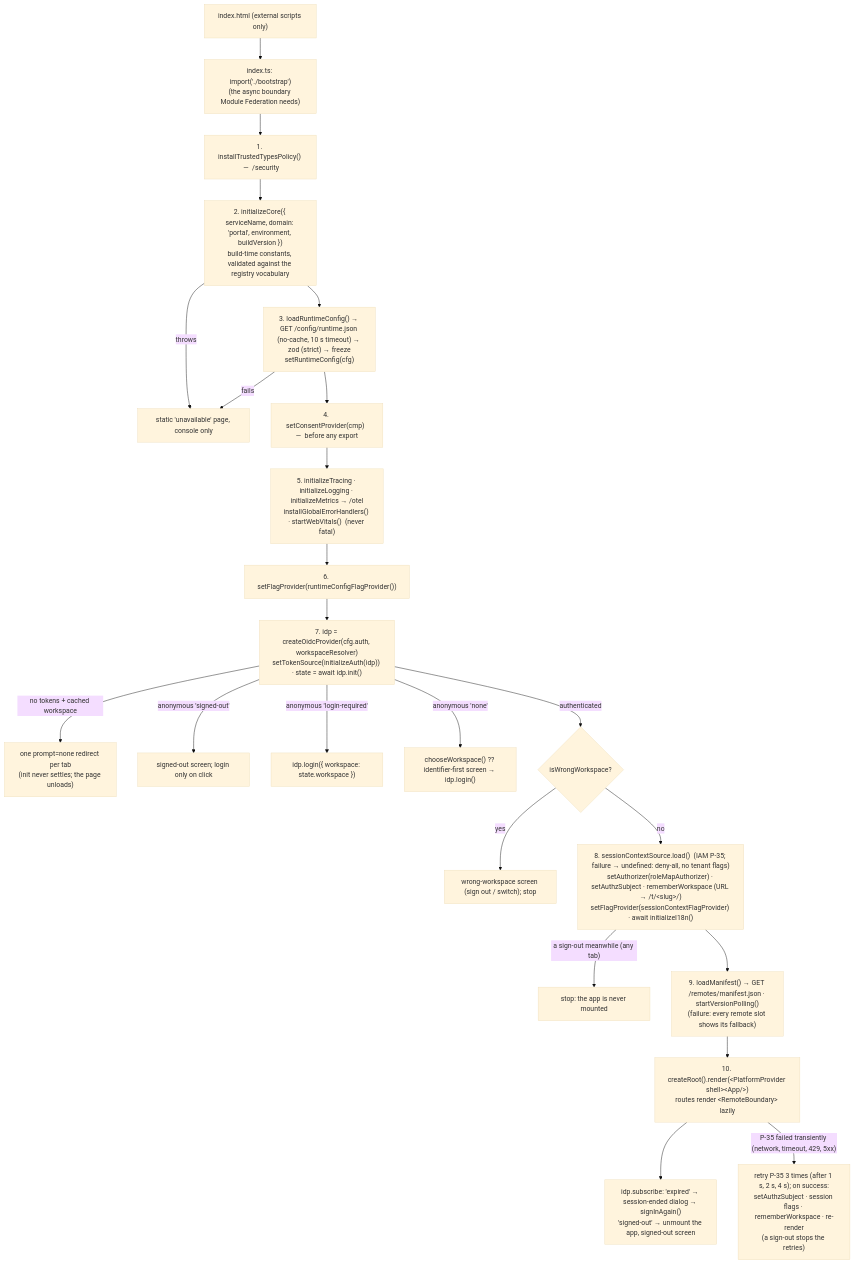
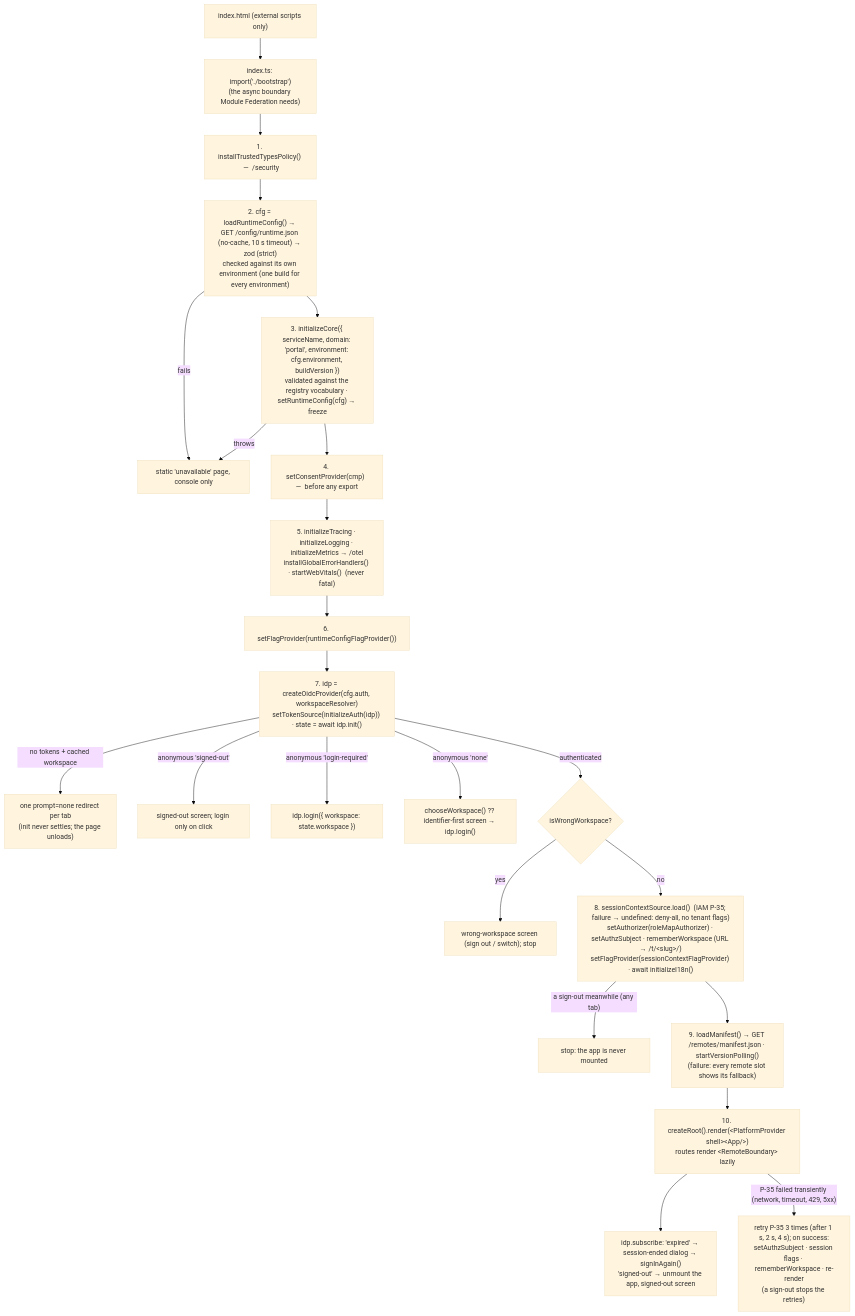
One commit to BCBP-SOLUTIONS-FZC-LLC/platform-reactcommon changed the diagram in docs/architecture/mermaid/shell-bootstrap.mmd. Above: the diagram before and after it, drawn with Mermaid (base theme). The commit also changed 48 other files, not shown here.

First line of the commit message:
feat(config): runtime.json names the environment, so one shell build serves every environment (#55)

```diff
--- a/docs/architecture/mermaid/shell-bootstrap.mmd
+++ b/docs/architecture/mermaid/shell-bootstrap.mmd
@@ -1,23 +1,23 @@
 flowchart TD
     html["index.html (external scripts only)"] --> idx["index.ts: import('./bootstrap')<br/>(the async boundary Module Federation needs)"]
     idx --> tt["1. installTrustedTypesPolicy()  —  /security"]
-    tt --> core["2. initializeCore({ serviceName, domain: 'portal', environment, buildVersion })<br/>build-time constants, validated against the registry vocabulary"]
-    core -->|throws| fatal["static 'unavailable' page, console only"]
-    core --> cfg["3. loadRuntimeConfig() → GET /config/runtime.json (no-cache, 10 s timeout) → zod (strict) → freeze<br/>setRuntimeConfig(cfg)"]
-    cfg -->|fails| fatal
-    cfg --> consent["4. setConsentProvider(cmp)  —  before any export"]
+    tt --> cfg["2. cfg = loadRuntimeConfig() → GET /config/runtime.json (no-cache, 10 s timeout) → zod (strict)<br/>checked against its own environment (one build for every environment)"]
+    cfg -->|fails| fatal["static 'unavailable' page, console only"]
+    cfg --> core["3. initializeCore({ serviceName, domain: 'portal', environment: cfg.environment, buildVersion })<br/>validated against the registry vocabulary · setRuntimeConfig(cfg) → freeze"]
+    core -->|throws| fatal
+    core --> consent["4. setConsentProvider(cmp)  —  before any export"]
     consent --> tel["5. initializeTracing · initializeLogging · initializeMetrics → /otel<br/>installGlobalErrorHandlers() · startWebVitals()  (never fatal)"]
     tel --> flags["6. setFlagProvider(runtimeConfigFlagProvider())"]
     flags --> auth["7. idp = createOidcProvider(cfg.auth, workspaceResolver)<br/>setTokenSource(initializeAuth(idp)) · state = await idp.init()"]
     auth -->|"no tokens + cached workspace"| restore["one prompt=none redirect per tab<br/>(init never settles; the page unloads)"]
     auth -->|"anonymous 'signed-out'"| signedout["signed-out screen; login only on click"]
     auth -->|"anonymous 'login-required'"| login1["idp.login({ workspace: state.workspace })"]
     auth -->|"anonymous 'none'"| choose["chooseWorkspace() ?? identifier-first screen → idp.login()"]
     auth -->|"authenticated"| wrong{"isWrongWorkspace?"}
     wrong -->|yes| wrongscreen["wrong-workspace screen (sign out / switch); stop"]
     wrong -->|no| ctx["8. sessionContextSource.load()  (IAM P-35; failure → undefined: deny-all, no tenant flags)<br/>setAuthorizer(roleMapAuthorizer) · setAuthzSubject · rememberWorkspace (URL → /t/&lt;slug&gt;/)<br/>setFlagProvider(sessionContextFlagProvider) · await initializeI18n()"]
     ctx -->|"a sign-out meanwhile (any tab)"| stop["stop: the app is never mounted"]
     ctx --> manifest["9. loadManifest() → GET /remotes/manifest.json · startVersionPolling()<br/>(failure: every remote slot shows its fallback)"]
     manifest --> render["10. createRoot().render(&lt;PlatformProvider shell&gt;&lt;App/&gt;)<br/>routes render &lt;RemoteBoundary&gt; lazily"]
     render --> expired["idp.subscribe: 'expired' → session-ended dialog → signInAgain()<br/>'signed-out' → unmount the app, signed-out screen"]
     render -->|"P-35 failed transiently (network, timeout, 429, 5xx)"| ctxretry["retry P-35 3 times (after 1 s, 2 s, 4 s); on success:<br/>setAuthzSubject · session flags · rememberWorkspace · re-render<br/>(a sign-out stops the retries)"]
```
